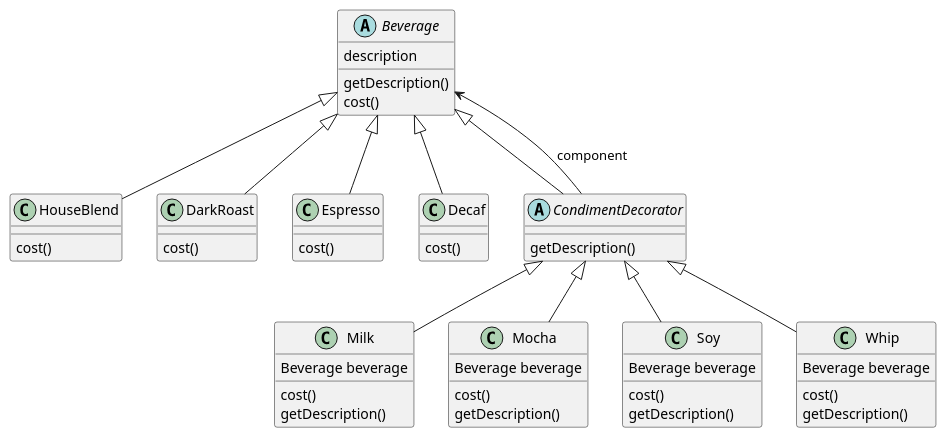
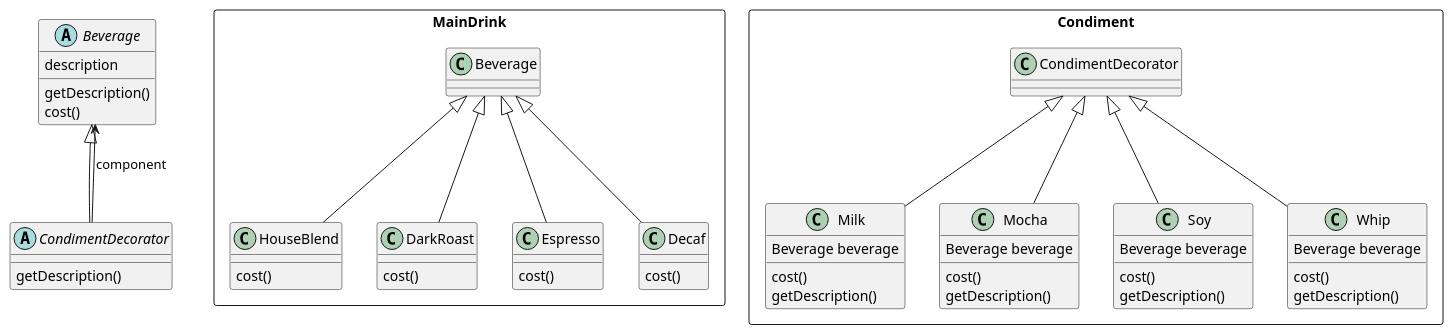
Before and after one commit to khoivudev/decorator-pattern-example: the diagram in design/class_diagram.puml, drawn with PlantUML. The commit also changed 1 other file, not shown here.

Commit message:
[feat] Update package in design.

```diff
--- a/design/class_diagram.puml
+++ b/design/class_diagram.puml
@@ -1,51 +1,51 @@
 @startuml
 abstract class Beverage {
     description
     getDescription()
     cost()
 }
-
-class HouseBlend extends Beverage {
-    cost()
+package MainDrink <<Rectangle>> {
+    class HouseBlend extends Beverage {
+        cost()
+    }
+    class DarkRoast extends Beverage {
+        cost()
+    }
+    class Espresso extends Beverage {
+        cost()
+    }
+    class Decaf extends Beverage {
+        cost()
+    }
 }
-class DarkRoast extends Beverage {
-    cost()
-}
-class Espresso extends Beverage {
-    cost()
-}
-class Decaf extends Beverage {
-    cost()
-}
-
 abstract CondimentDecorator extends Beverage {
     getDescription()
 }
+package Condiment <<Rectangle>> {
+    class Milk extends CondimentDecorator {
+        Beverage beverage 
+        cost()
+        getDescription()
+    }
 
-class Milk extends CondimentDecorator {
-    Beverage beverage 
-    cost()
-    getDescription()
+    class Mocha extends CondimentDecorator {
+        Beverage beverage 
+        cost()
+        getDescription()
+    }
+
+    class Soy extends CondimentDecorator {
+        Beverage beverage 
+        cost()
+        getDescription()
+    }
+
+    class Whip extends CondimentDecorator {
+        Beverage beverage 
+        cost()
+        getDescription()
+    }
 }
-
-class Mocha extends CondimentDecorator {
-    Beverage beverage 
-    cost()
-    getDescription()
-}
-
-class Soy extends CondimentDecorator {
-    Beverage beverage 
-    cost()
-    getDescription()
-}
-
-class Whip extends CondimentDecorator {
-    Beverage beverage 
-    cost()
-    getDescription()
-}
-
 CondimentDecorator --> Beverage : component
 
 @enduml
```
